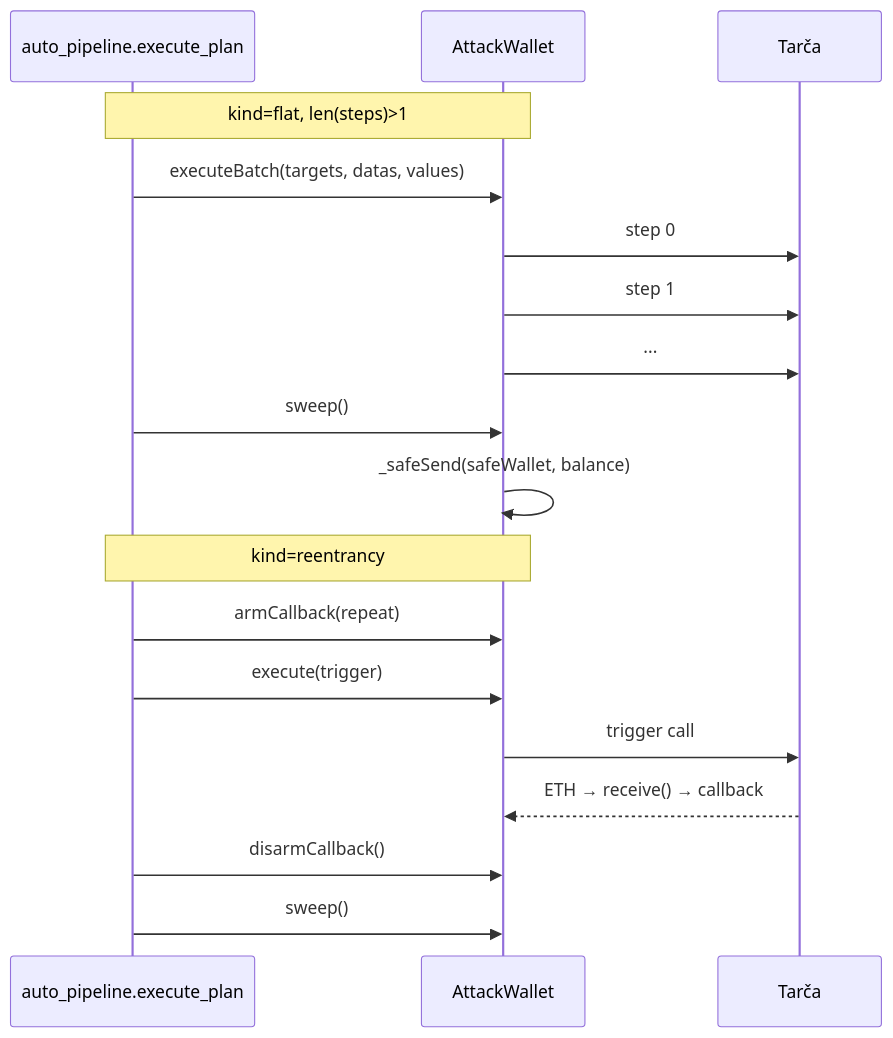
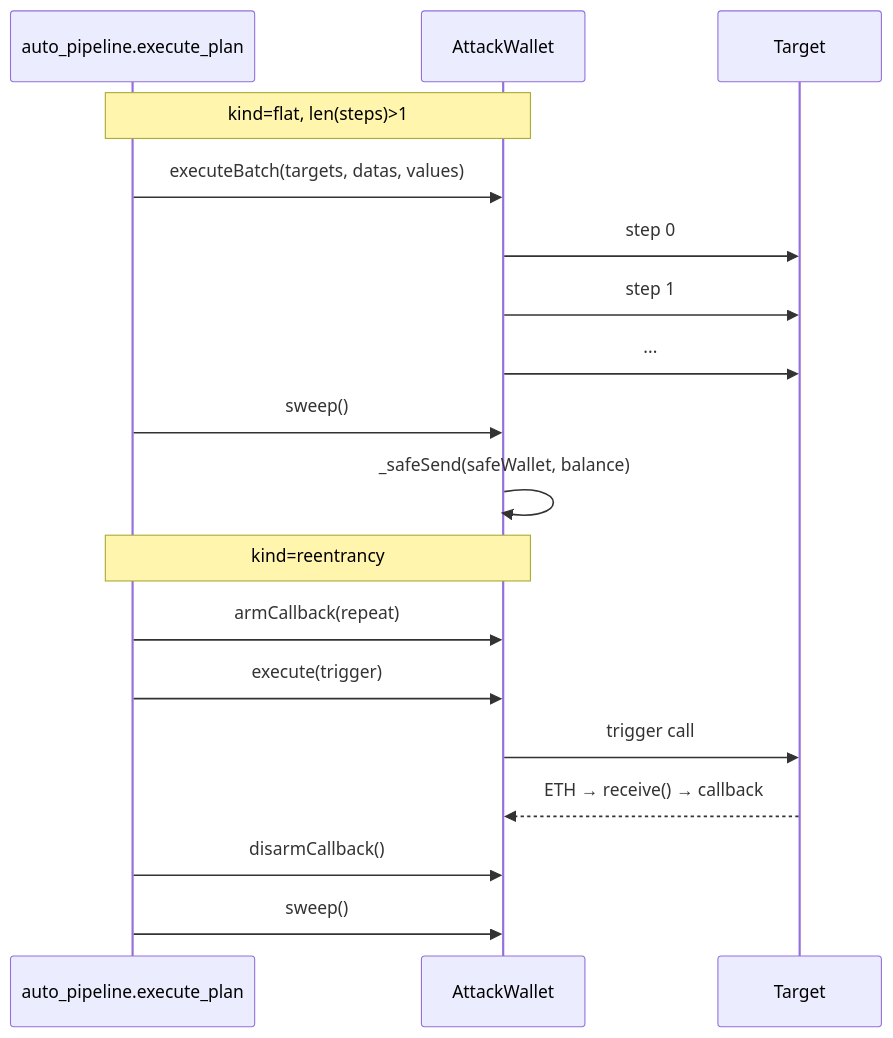
One commit to DanijelTech/Forksploit-open changed the diagram in docs/ATTACKWALLET.md. Above: the diagram before and after it, drawn with Mermaid. The commit also changed other lines of this file and 72 other files, not shown here.

````diff
--- a/docs/ATTACKWALLET.md
+++ b/docs/ATTACKWALLET.md
@@ -209,22 +207,22 @@
 ```mermaid
 sequenceDiagram
     participant P as auto_pipeline.execute_plan
     participant AW as AttackWallet
-    participant T as Tarča
+    participant T as Target
 
     Note over P,AW: kind=flat, len(steps)>1
     P->>AW: executeBatch(targets, datas, values)
     AW->>T: step 0
     AW->>T: step 1
     AW->>T: ...
     P->>AW: sweep()
     AW->>AW: _safeSend(safeWallet, balance)
 
     Note over P,AW: kind=reentrancy
     P->>AW: armCallback(repeat)
     P->>AW: execute(trigger)
     AW->>T: trigger call
     T-->>AW: ETH → receive() → callback
     P->>AW: disarmCallback()
     P->>AW: sweep()
 ```
````
